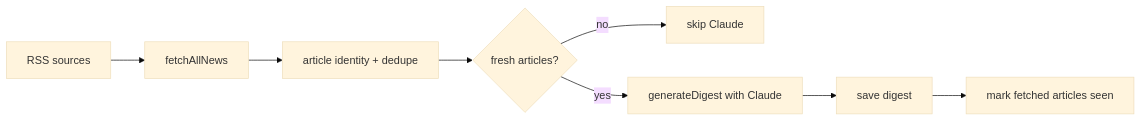
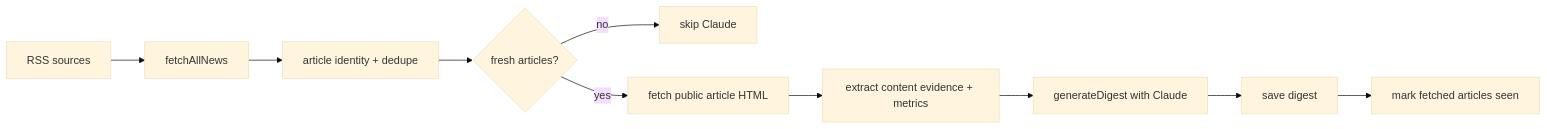
Before and after one commit to TRUSOGEN/everyday-news: the diagram in README.md, drawn with Mermaid (base theme). The commit also changed other lines of this file and 14 other files, not shown here.

````diff
--- a/README.md
+++ b/README.md
@@ -9,10 +9,12 @@
 ```mermaid
 flowchart LR
   A[RSS sources] --> B[fetchAllNews]
   B --> C[article identity + dedupe]
   C --> D{fresh articles?}
   D -- no --> E[skip Claude]
-  D -- yes --> F[generateDigest with Claude]
-  F --> G[save digest]
-  G --> H[mark fetched articles seen]
+  D -- yes --> F[fetch public article HTML]
+  F --> G[extract content evidence + metrics]
+  G --> H[generateDigest with Claude]
+  H --> I[save digest]
+  I --> J[mark fetched articles seen]
 ```
````
